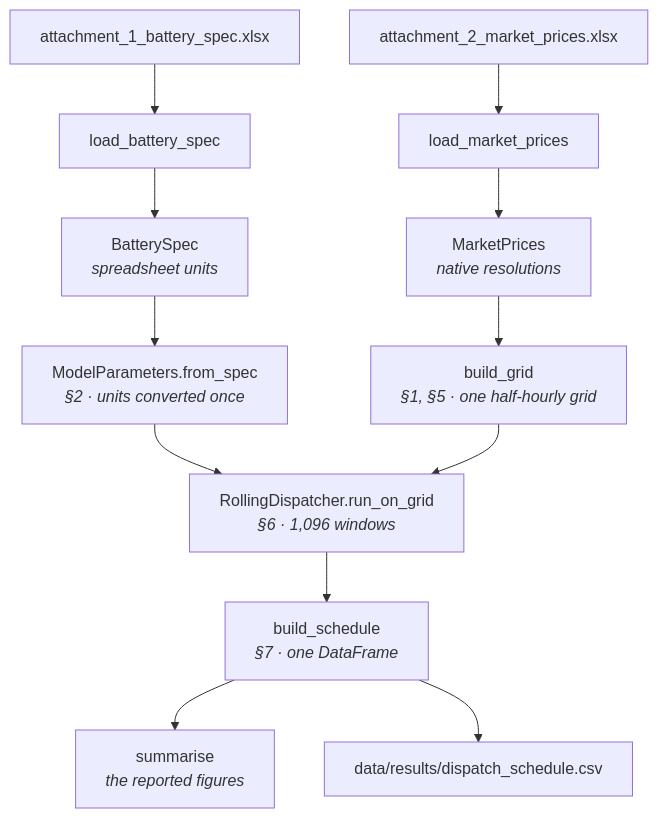
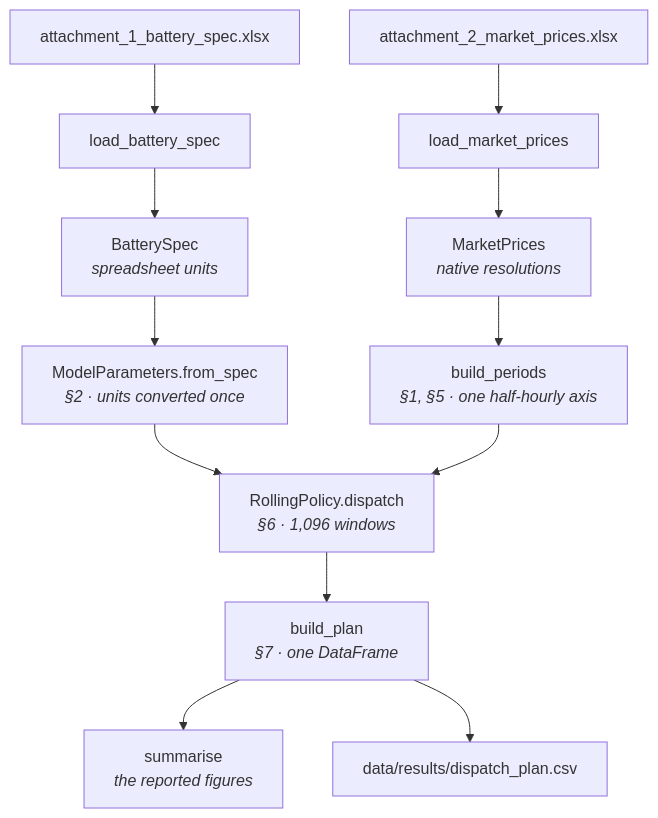
Before and after one commit to GuilhermePFM/BatteryCase: the first of 3 diagrams in docs/solve.md, drawn with Mermaid. The commit also changed other lines of this file and 45 other files, not shown here.

````diff
--- a/docs/solve.md
+++ b/docs/solve.md
@@ -13,14 +14,14 @@
 ```mermaid
 flowchart TD
     X1["attachment_1_battery_spec.xlsx"] --> L1["load_battery_spec"]
     X2["attachment_2_market_prices.xlsx"] --> L2["load_market_prices"]
     L1 --> S["BatterySpec<br/><i>spreadsheet units</i>"]
     L2 --> P["MarketPrices<br/><i>native resolutions</i>"]
     S --> PA["ModelParameters.from_spec<br/><i>§2 · units converted once</i>"]
-    P --> G["build_grid<br/><i>§1, §5 · one half-hourly grid</i>"]
-    PA --> R["RollingDispatcher.run_on_grid<br/><i>§6 · 1,096 windows</i>"]
+    P --> G["build_periods<br/><i>§1, §5 · one half-hourly axis</i>"]
+    PA --> R["RollingPolicy.dispatch<br/><i>§6 · 1,096 windows</i>"]
     G --> R
-    R --> SC["build_schedule<br/><i>§7 · one DataFrame</i>"]
+    R --> SC["build_plan<br/><i>§7 · one DataFrame</i>"]
     SC --> SU["summarise<br/><i>the reported figures</i>"]
-    SC --> OUT["data/results/dispatch_schedule.csv"]
+    SC --> OUT["data/results/dispatch_plan.csv"]
 ```
````
